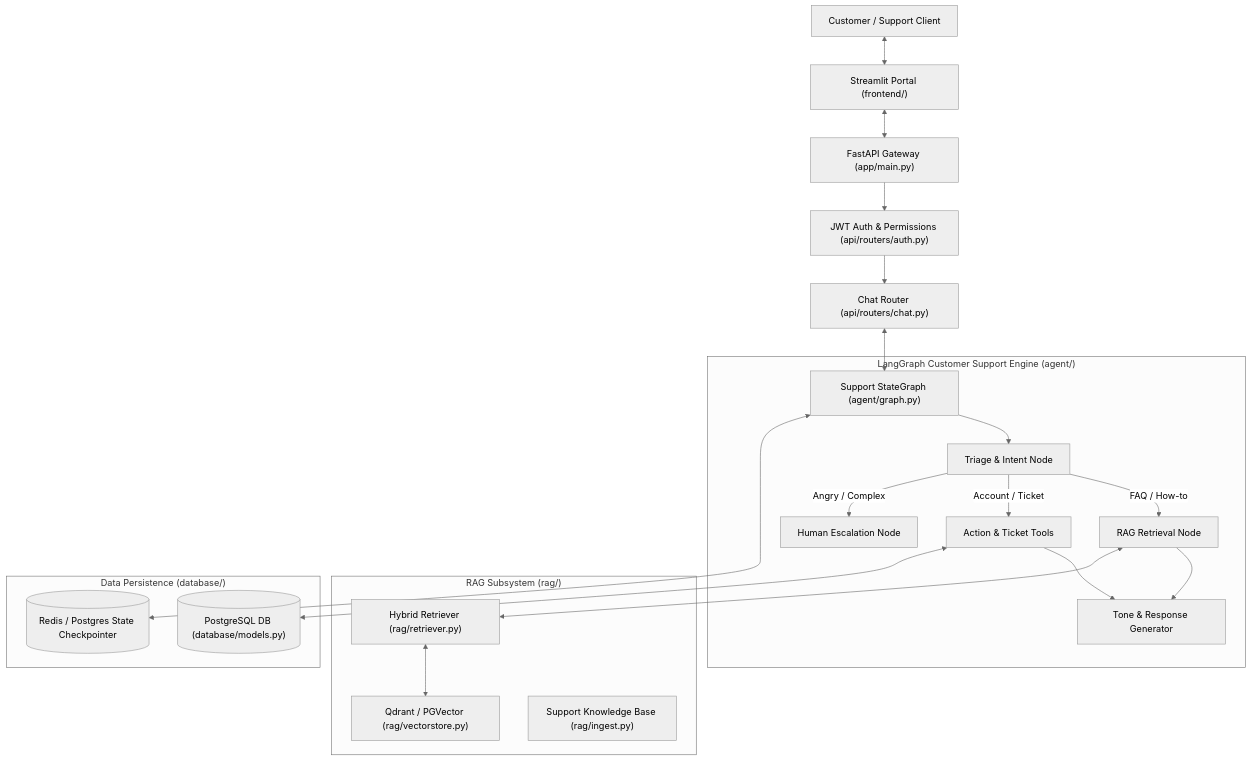
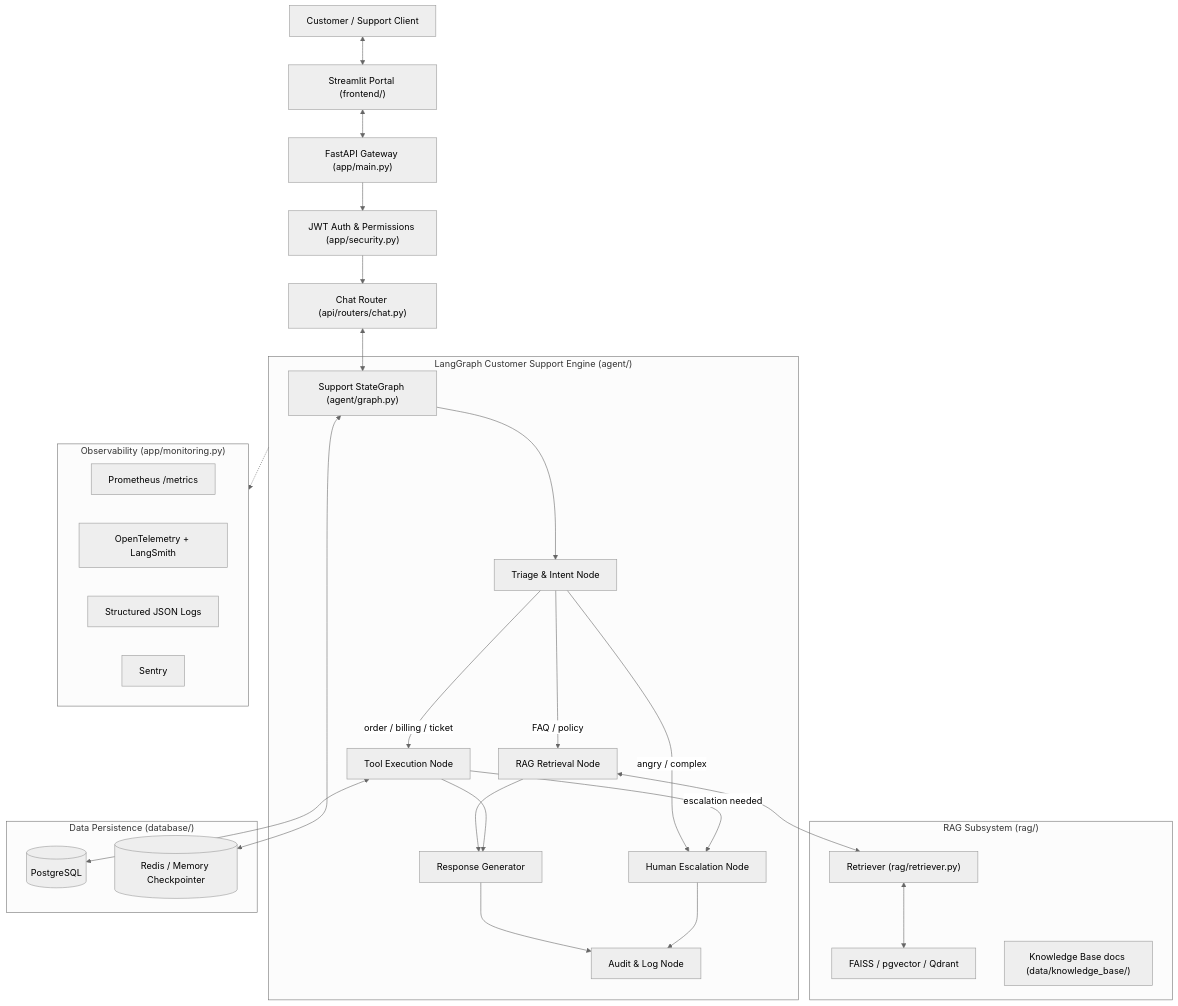
The diagram in ai-support-agent/README.md (Viveksingh251/AI-Agent), drawn with Mermaid (neutral theme) before and after one commit. The commit also changed other lines of this file and 15 other files, not shown here.

````diff
--- a/ai-support-agent/README.md
+++ b/ai-support-agent/README.md
@@ -14,45 +27,57 @@
 ```mermaid
 flowchart TD
     User["Customer / Support Client"]
     UI["Streamlit Portal (frontend/)"]
     Gateway["FastAPI Gateway (app/main.py)"]
-    Auth["JWT Auth & Permissions (api/routers/auth.py)"]
+    Auth["JWT Auth & Permissions (app/security.py)"]
     ChatRouter["Chat Router (api/routers/chat.py)"]
 
     subgraph AgentSystem["LangGraph Customer Support Engine (agent/)"]
         Graph["Support StateGraph (agent/graph.py)"]
         TriageNode["Triage & Intent Node"]
         RAGNode["RAG Retrieval Node"]
-        ToolsNode["Action & Ticket Tools"]
-        ResponseNode["Tone & Response Generator"]
+        ToolsNode["Tool Execution Node"]
+        ResponseNode["Response Generator"]
         HumanEscalate["Human Escalation Node"]
+        AuditNode["Audit & Log Node"]
 
         Graph --> TriageNode
-        TriageNode -->|FAQ / How-to| RAGNode
-        TriageNode -->|Account / Ticket| ToolsNode
-        TriageNode -->|Angry / Complex| HumanEscalate
+        TriageNode -->|FAQ / policy| RAGNode
+        TriageNode -->|order / billing / ticket| ToolsNode
+        TriageNode -->|angry / complex| HumanEscalate
         RAGNode --> ResponseNode
+        ToolsNode -->|escalation needed| HumanEscalate
         ToolsNode --> ResponseNode
+        ResponseNode --> AuditNode
+        HumanEscalate --> AuditNode
+    end
+
+    subgraph Observability["Observability (app/monitoring.py)"]
+        Metrics["Prometheus /metrics"]
+        Traces["OpenTelemetry + LangSmith"]
+        Logs["Structured JSON Logs"]
+        Errors["Sentry"]
     end
 
     subgraph RAGPipeline["RAG Subsystem (rag/)"]
-        VectorStore["Qdrant / PGVector (rag/vectorstore.py)"]
-        Retriever["Hybrid Retriever (rag/retriever.py)"]
-        KB["Support Knowledge Base (rag/ingest.py)"]
+        VectorStore["FAISS / pgvector / Qdrant"]
+        Retriever["Retriever (rag/retriever.py)"]
+        KB["Knowledge Base docs (data/knowledge_base/)"]
     end
 
     subgraph DatabaseLayer["Data Persistence (database/)"]
-        Postgres[("PostgreSQL DB (database/models.py)")]
-        RedisCheckpointer[("Redis / Postgres State Checkpointer")]
+        Postgres[("PostgreSQL")]
+        RedisCheckpointer[("Redis / Memory Checkpointer")]
     end
 
     User <--> UI
     UI <--> Gateway
     Gateway --> Auth
     Auth --> ChatRouter
     ChatRouter <--> Graph
     RAGNode <--> Retriever
     Retriever <--> VectorStore
     ToolsNode <--> Postgres
     Graph <--> RedisCheckpointer
+    AgentSystem -.-> Observability
 ```
````
